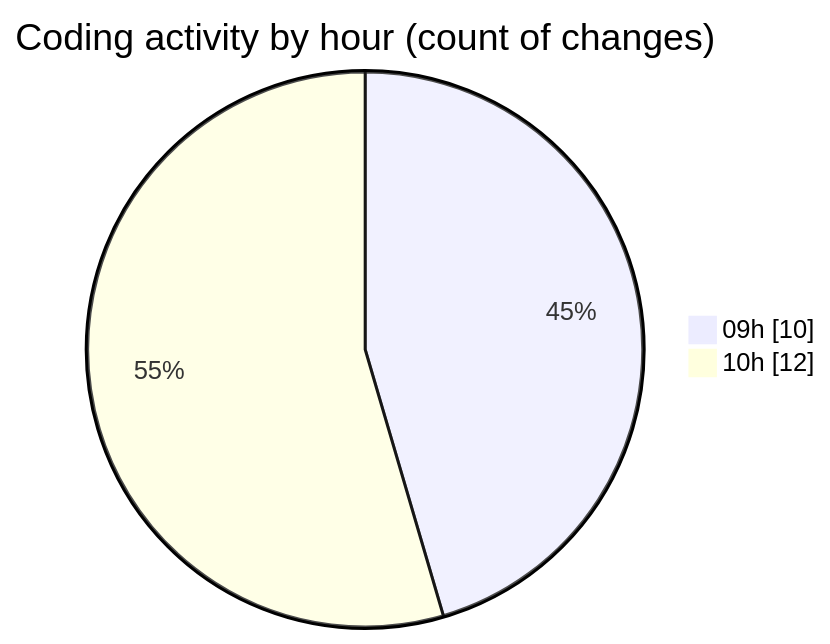
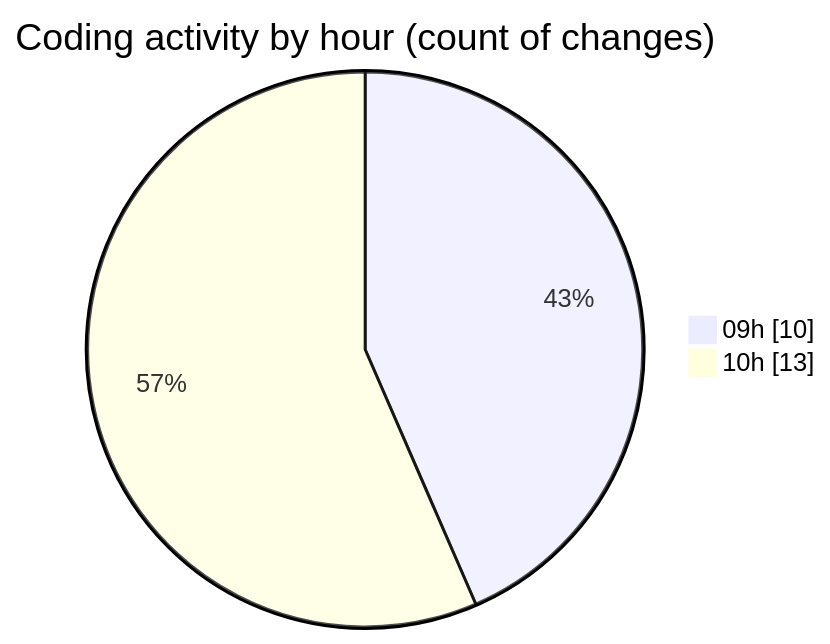
Before and after one commit to nxtqubesakshisongat/code-tracking: the second of 2 diagrams in 2026-04-06/airfeed-analytics-dashboard/README.md, drawn with Mermaid. The commit also changed other lines of this file and 1 other file, not shown here.

````diff
--- a/2026-04-06/airfeed-analytics-dashboard/README.md
+++ b/2026-04-06/airfeed-analytics-dashboard/README.md
@@ -36,6 +38,6 @@
 ```mermaid
 pie showData
 title Coding activity by hour (count of changes)
 "09h" : 10
-"10h" : 12
+"10h" : 13
 ```
````
